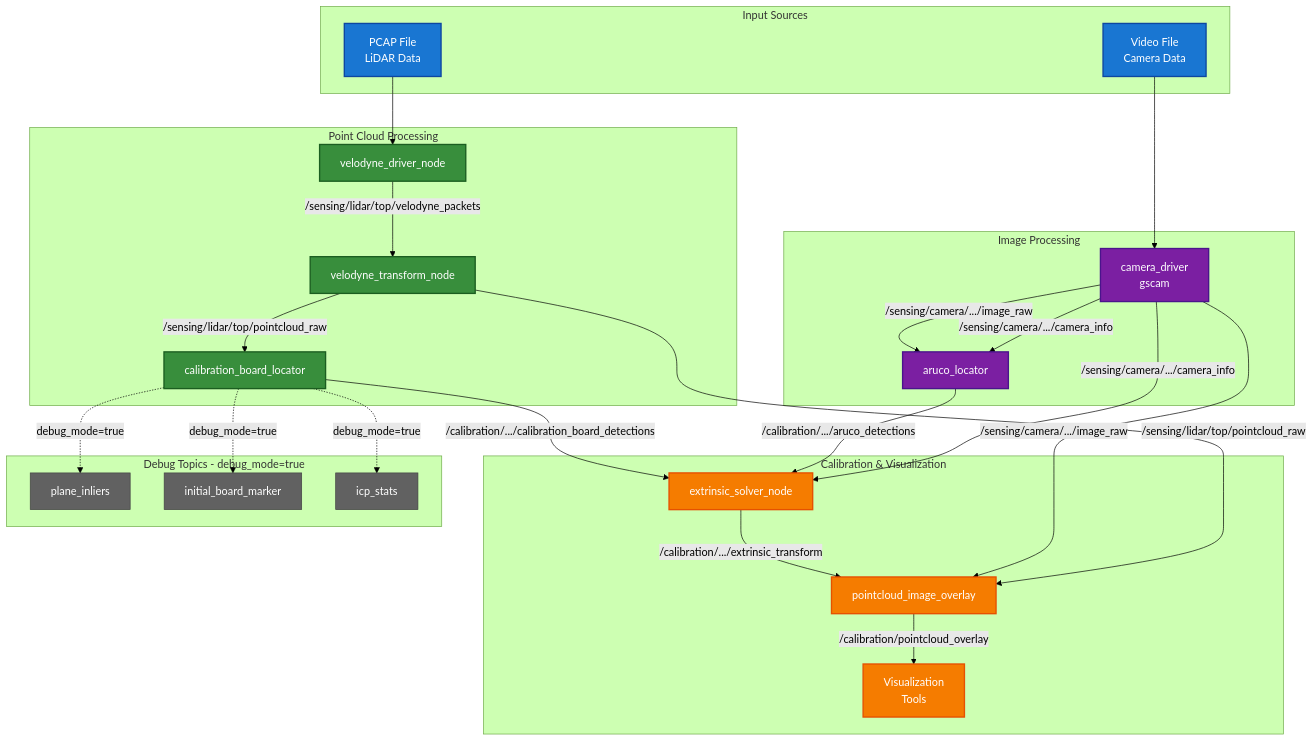
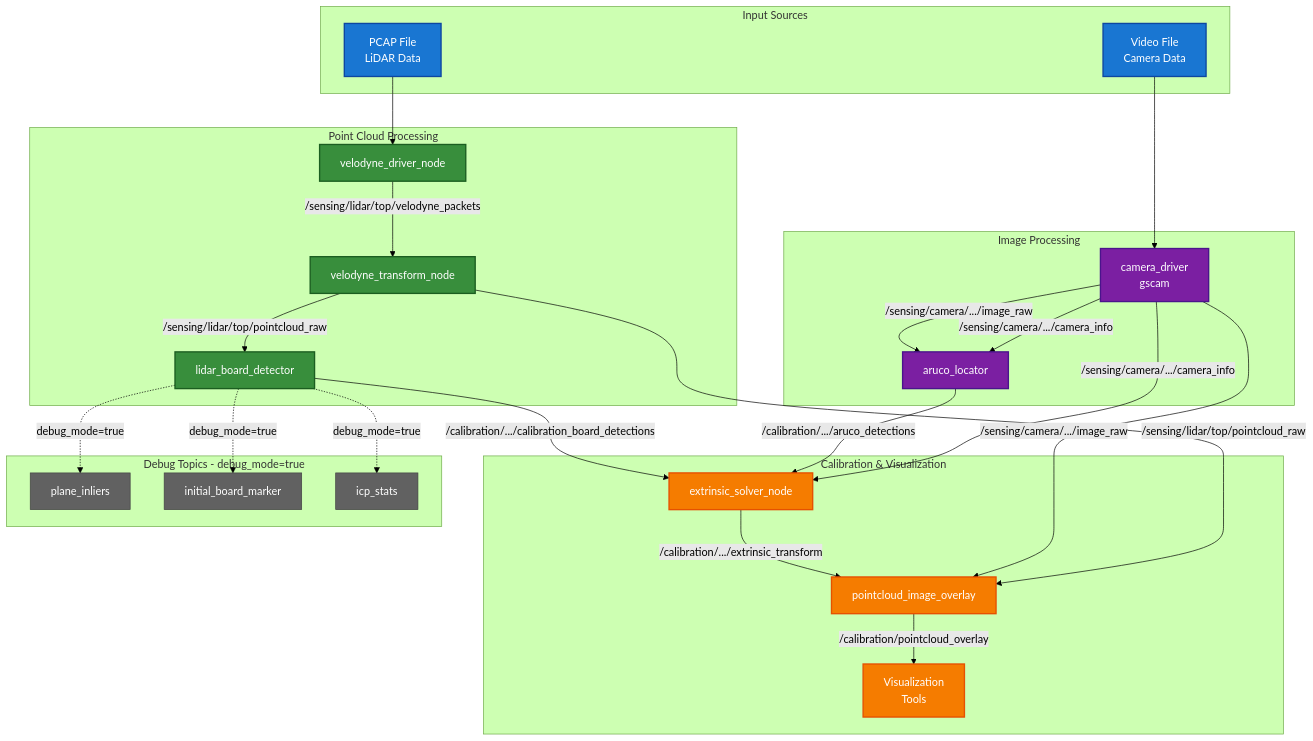
Before and after one commit to NEWSLabNTU/LCTK: the diagram in README.md, drawn with Mermaid (forest theme). The commit also changed other lines of this file and 15 other files, not shown here.

Commit message:
[lidar_board_detector] Rename calibration_board_locator_node to lidar_board_detector

````diff
--- a/README.md
+++ b/README.md
@@ -37,69 +37,69 @@
 ```mermaid
 graph TB
     %% Input Sources
     subgraph InputSources[Input Sources]
         PCAP[PCAP File<br/>LiDAR Data]
         VIDEO[Video File<br/>Camera Data]
     end
 
     %% Point Cloud Processing Pipeline
     subgraph PointCloudProcessing[Point Cloud Processing]
         VD[velodyne_driver_node]
         VT[velodyne_transform_node]
-        CBL[calibration_board_locator]
+        CBL[lidar_board_detector]
     end
 
     %% Image Processing Pipeline
     subgraph ImageProcessing[Image Processing]
         CAM[camera_driver<br/>gscam]
         AL[aruco_locator]
     end
 
     %% Calibration & Visualization
     subgraph CalibrationViz[Calibration & Visualization]
         SOLVER[extrinsic_solver_node]
         OVERLAY[pointcloud_image_overlay]
         VIZ[Visualization<br/>Tools]
     end
 
     %% Debug Topics (when debug_mode=true)
     subgraph DebugTopics[Debug Topics - debug_mode=true]
         DBG1[plane_inliers]
         DBG2[initial_board_marker]
         DBG3[icp_stats]
     end
 
     %% Connections
     PCAP --> VD
     VD -->|/sensing/lidar/top/velodyne_packets| VT
     VT -->|/sensing/lidar/top/pointcloud_raw| CBL
     CBL -->|/calibration/.../calibration_board_detections| SOLVER
 
     VIDEO --> CAM
     CAM -->|/sensing/camera/.../image_raw| AL
     CAM -->|/sensing/camera/.../camera_info| AL
     AL -->|/calibration/.../aruco_detections| SOLVER
     CAM -->|/sensing/camera/.../camera_info| SOLVER
 
     SOLVER -->|/calibration/.../extrinsic_transform| OVERLAY
     CAM -->|/sensing/camera/.../image_raw| OVERLAY
     VT -->|/sensing/lidar/top/pointcloud_raw| OVERLAY
     OVERLAY -->|/calibration/pointcloud_overlay| VIZ
 
     CBL -.->|debug_mode=true| DBG1
     CBL -.->|debug_mode=true| DBG2
     CBL -.->|debug_mode=true| DBG3
 
     %% Styling
     classDef input fill:#1976d2,stroke:#0d47a1,stroke-width:2px,color:#fff
     classDef pointcloud fill:#388e3c,stroke:#1b5e20,stroke-width:2px,color:#fff
     classDef image fill:#7b1fa2,stroke:#4a148c,stroke-width:2px,color:#fff
     classDef calibration fill:#f57c00,stroke:#e65100,stroke-width:2px,color:#fff
     classDef debug fill:#616161,stroke:#424242,stroke-width:1px,color:#fff
 
     class PCAP,VIDEO input
     class VD,VT,CBL pointcloud
     class CAM,AL image
     class SOLVER,OVERLAY,VIZ calibration
     class DBG1,DBG2,DBG3 debug
 ```
````
